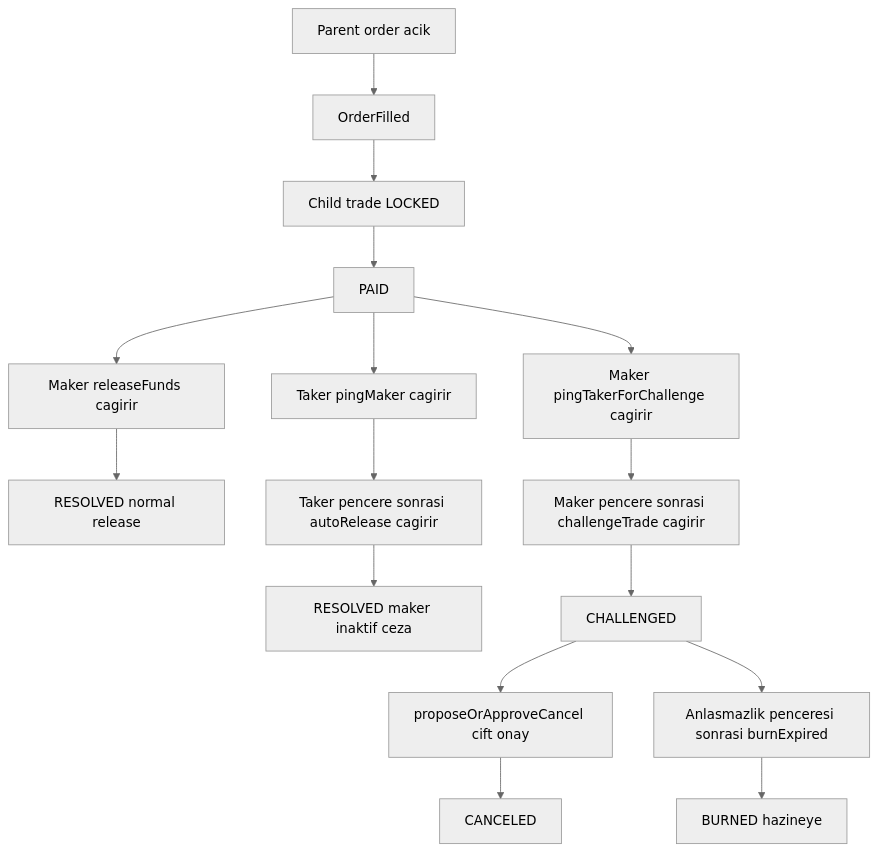
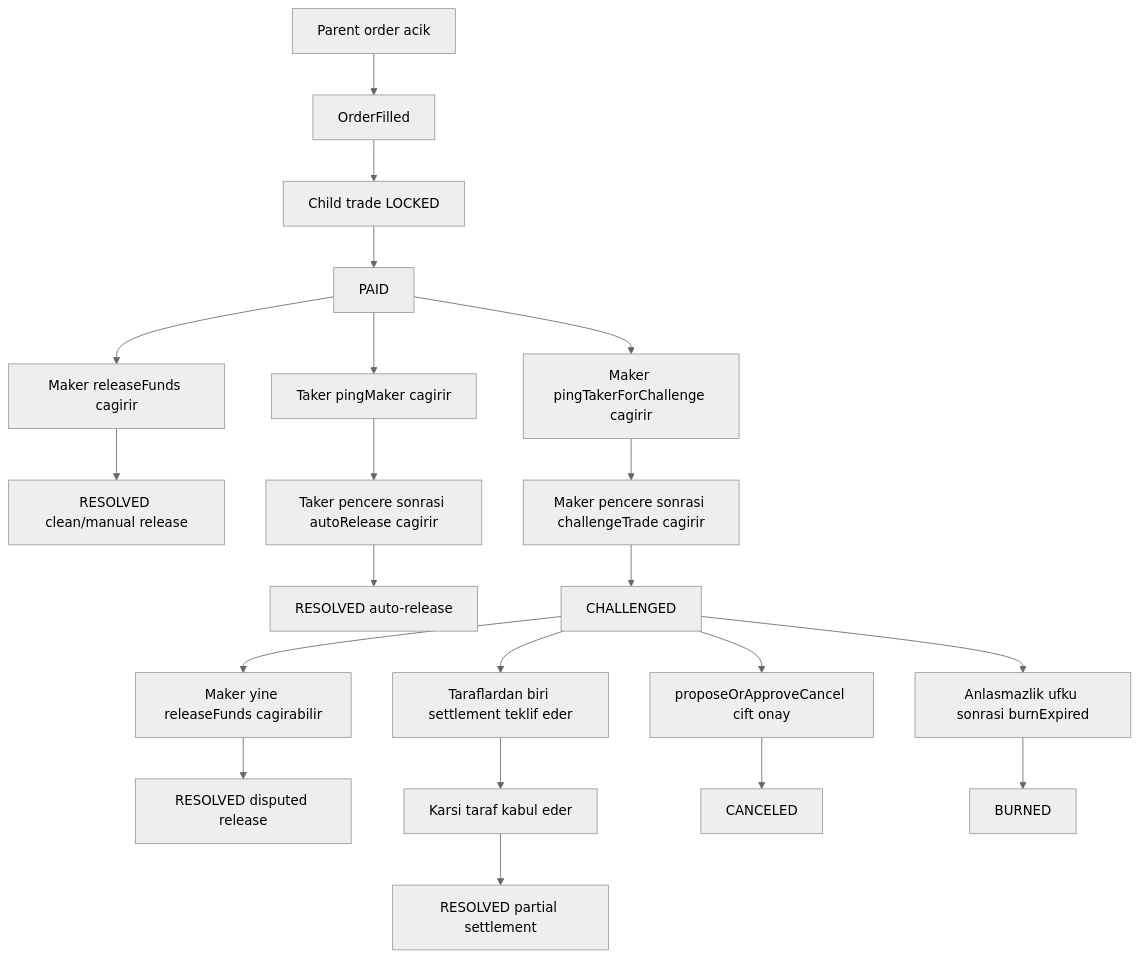
The first of 2 diagrams in docs/TR/GAME_THEORY.md (MyDemir/Araf-Protokol), drawn with Mermaid (neutral theme) before and after one commit. The commit also changed other lines of this file, not shown here.

````diff
--- a/docs/TR/GAME_THEORY.md
+++ b/docs/TR/GAME_THEORY.md
@@ -11,23 +32,30 @@
 ```mermaid
 flowchart TD
     parent_order[Parent order acik] --> fill_event[OrderFilled]
     fill_event --> child_trade[Child trade LOCKED]
     child_trade --> paid_state[PAID]
 
     paid_state --> release_call[Maker releaseFunds cagirir]
-    release_call --> resolved_normal[RESOLVED normal release]
+    release_call --> resolved_normal[RESOLVED clean/manual release]
 
     paid_state --> ping_maker[Taker pingMaker cagirir]
     ping_maker --> auto_release[Taker pencere sonrasi autoRelease cagirir]
-    auto_release --> resolved_penalty[RESOLVED maker inaktif ceza]
+    auto_release --> resolved_penalty[RESOLVED auto-release]
 
     paid_state --> ping_taker[Maker pingTakerForChallenge cagirir]
     ping_taker --> challenge_call[Maker pencere sonrasi challengeTrade cagirir]
     challenge_call --> challenged_state[CHALLENGED]
 
+    challenged_state --> release_after_challenge[Maker yine releaseFunds cagirabilir]
+    release_after_challenge --> disputed_release[RESOLVED disputed release]
+
+    challenged_state --> split_offer[Taraflardan biri settlement teklif eder]
+    split_offer --> split_accept[Karsi taraf kabul eder]
+    split_accept --> split_resolved[RESOLVED partial settlement]
+
     challenged_state --> cancel_dual[proposeOrApproveCancel cift onay]
     cancel_dual --> canceled_state[CANCELED]
 
-    challenged_state --> burn_call[Anlasmazlik penceresi sonrasi burnExpired]
-    burn_call --> burn_terminal[BURNED hazineye]
+    challenged_state --> burn_call[Anlasmazlik ufku sonrasi burnExpired]
+    burn_call --> burn_terminal[BURNED]
 ```
````
